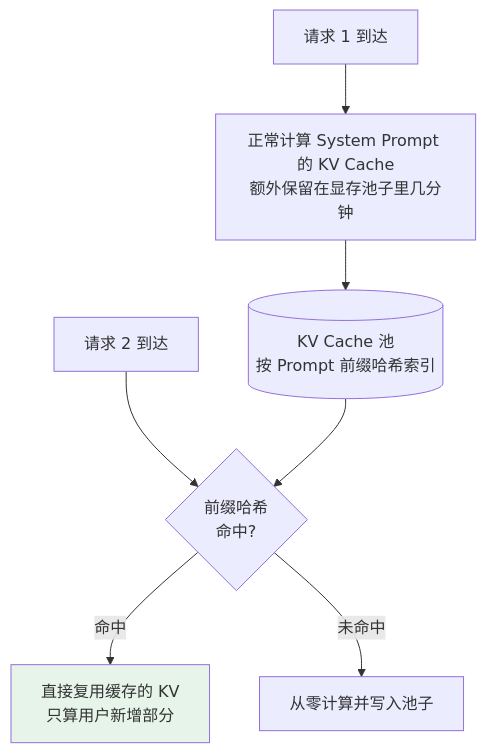
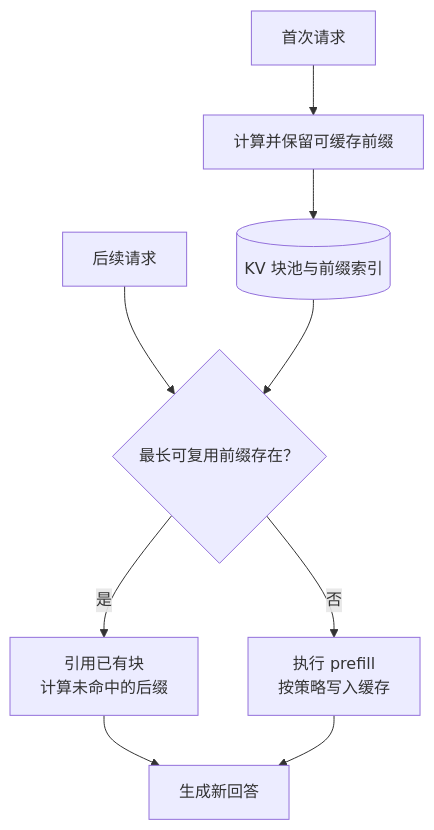
The diagram in docs/llm/03-inference-serving/14-kv-cache.md (oneleaveknowsthefall/awesome-ai-roadmap), drawn with Mermaid before and after one commit. The commit also changed other lines of this file and 45 other files, not shown here.

````diff
--- a/docs/llm/03-inference-serving/14-kv-cache.md
+++ b/docs/llm/03-inference-serving/14-kv-cache.md
@@ -129,11 +99,11 @@
 ```mermaid
 flowchart TB
-    R1["请求 1 到达"] --> C1["正常计算 System Prompt 的 KV Cache<br/>额外保留在显存池子里几分钟"]
-    C1 --> POOL[("KV Cache 池<br/>按 Prompt 前缀哈希索引")]
-    R2["请求 2 到达"] --> M{"前缀哈希<br/>命中?"}
+    R1["首次请求"] --> C1["计算并保留可缓存前缀"]
+    C1 --> POOL[("KV 块池与前缀索引")]
+    R2["后续请求"] --> M{"最长可复用前缀存在？"}
     POOL --> M
-    M -->|命中| HIT["直接复用缓存的 KV<br/>只算用户新增部分"]
-    M -->|未命中| MISS["从零计算并写入池子"]
-
-    style HIT fill:#e6f4ea
+    M -->|是| HIT["引用已有块<br/>计算未命中的后缀"]
+    M -->|否| MISS["执行 prefill<br/>按策略写入缓存"]
+    HIT --> D["生成新回答"]
+    MISS --> D
 ```
````
